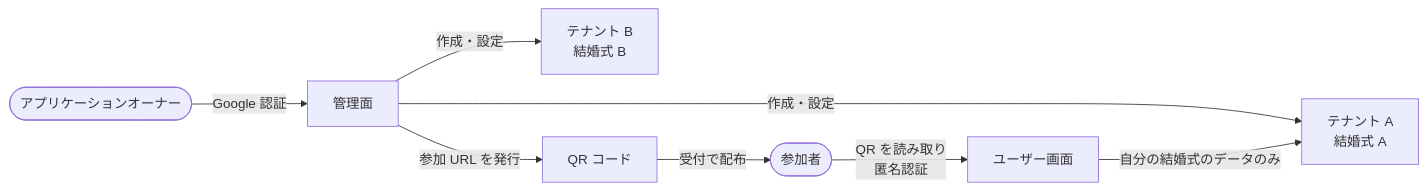
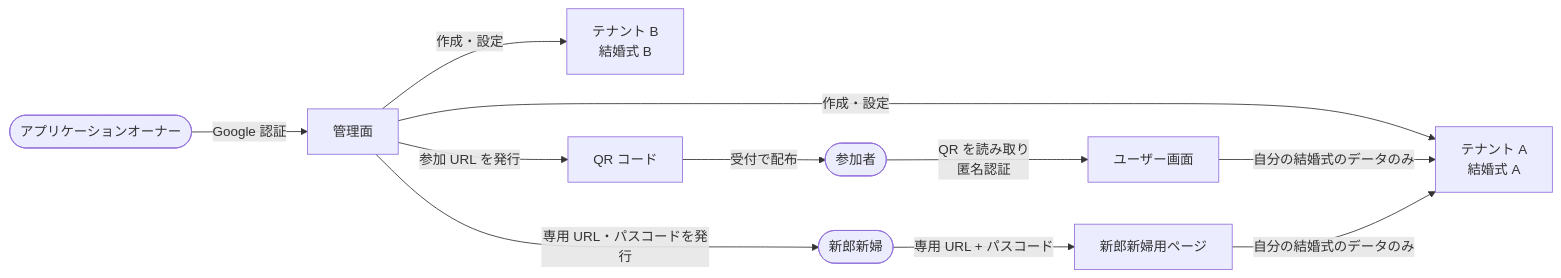
One commit to Nagomu0128/would-you-marry.me changed the diagram in docs/overview.md. Above: the diagram before and after it, drawn with Mermaid. The commit also changed other lines of this file and 12 other files, not shown here.

````diff
--- a/docs/overview.md
+++ b/docs/overview.md
@@ -43,10 +52,13 @@
 ```mermaid
 flowchart LR
     Owner([アプリケーションオーナー]) -->|Google 認証| Admin[管理面]
     Admin -->|作成・設定| TA[テナント A<br/>結婚式 A]
     Admin -->|作成・設定| TB[テナント B<br/>結婚式 B]
     Admin -->|参加 URL を発行| QR[QR コード]
+    Admin -->|専用 URL・パスコードを発行| Couple([新郎新婦])
     QR -->|受付で配布| Guest([参加者])
     Guest -->|QR を読み取り<br/>匿名認証| User[ユーザー画面]
+    Couple -->|専用 URL + パスコード| CP[新郎新婦用ページ]
     User -->|自分の結婚式のデータのみ| TA
+    CP -->|自分の結婚式のデータのみ| TA
 ```
````
